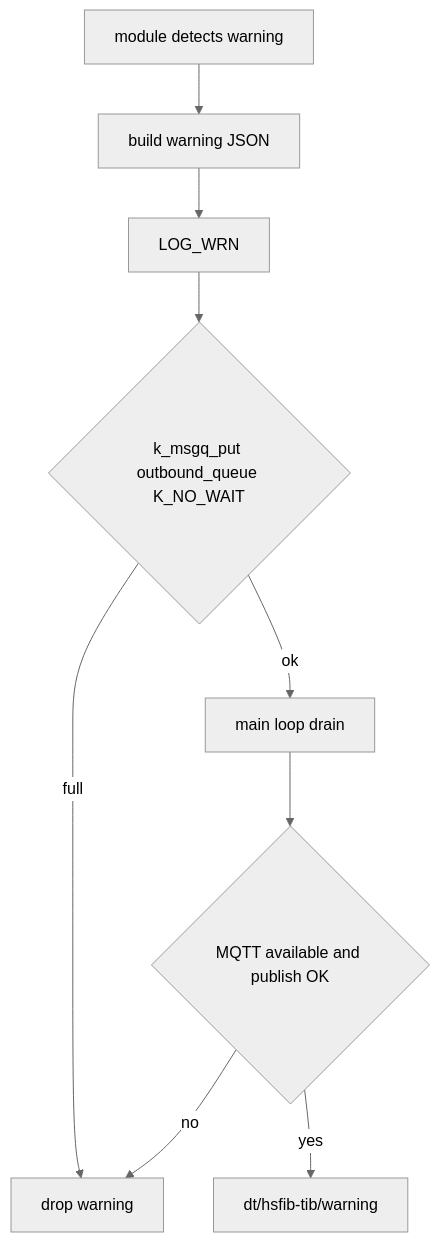
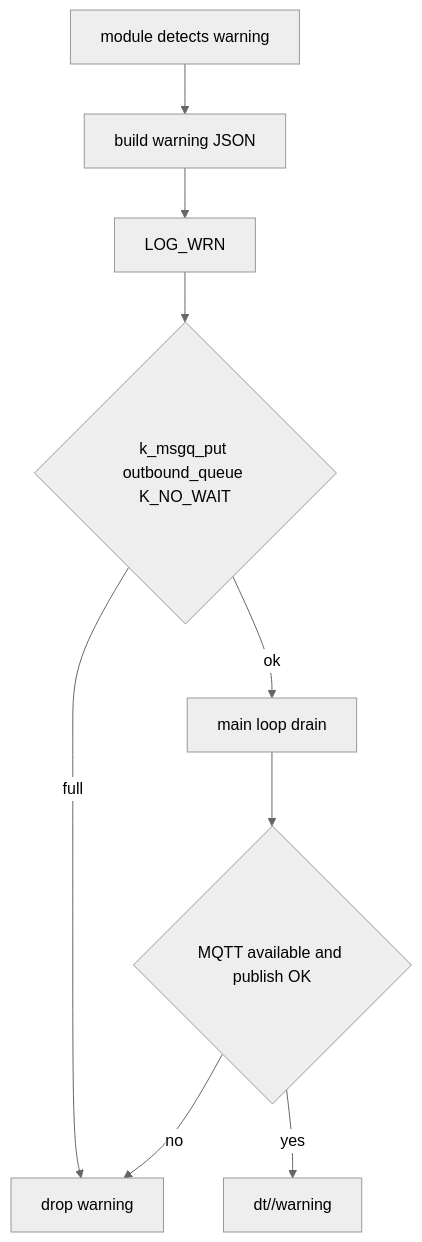
Diagram 14 of 17 in doc/diagrams.md (COO-Utilities/hispec-tib), drawn with Mermaid (neutral theme) before and after one commit. The commit also changed other lines of this file and 12 other files, not shown here.

Commit message:
mqtt: select topic identity from board strap

````diff
--- a/doc/diagrams.md
+++ b/doc/diagrams.md
@@ -255,11 +255,11 @@
 ```mermaid
 flowchart TD
   Emitter[module detects warning] --> Build[build warning JSON]
   Build --> Log[LOG_WRN]
   Log --> Enqueue{k_msgq_put outbound_queue K_NO_WAIT}
   Enqueue -- full --> Drop[drop warning]
   Enqueue -- ok --> Main[main loop drain]
   Main --> MQTT{MQTT available and publish OK}
-  MQTT -- yes --> Topic[dt/hsfib-tib/warning]
+  MQTT -- yes --> Topic[dt/<device>/warning]
   MQTT -- no --> Drop
 ```
````
